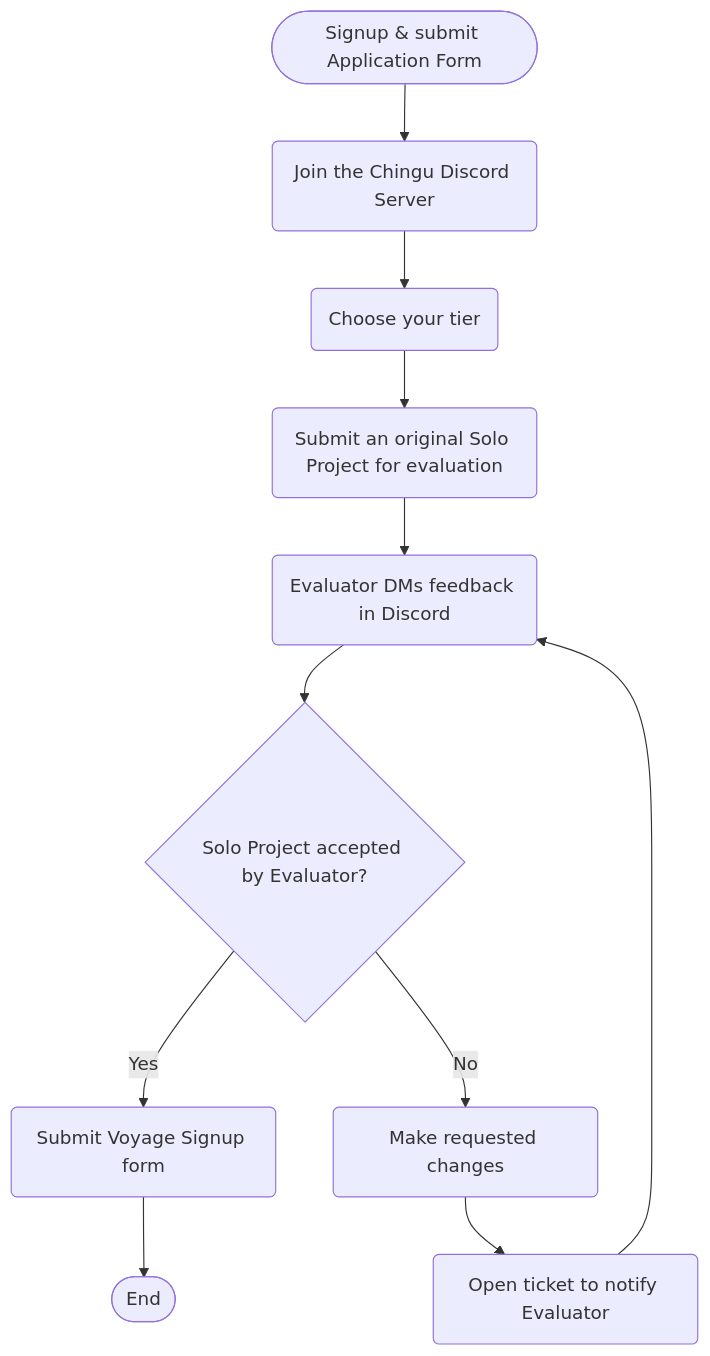
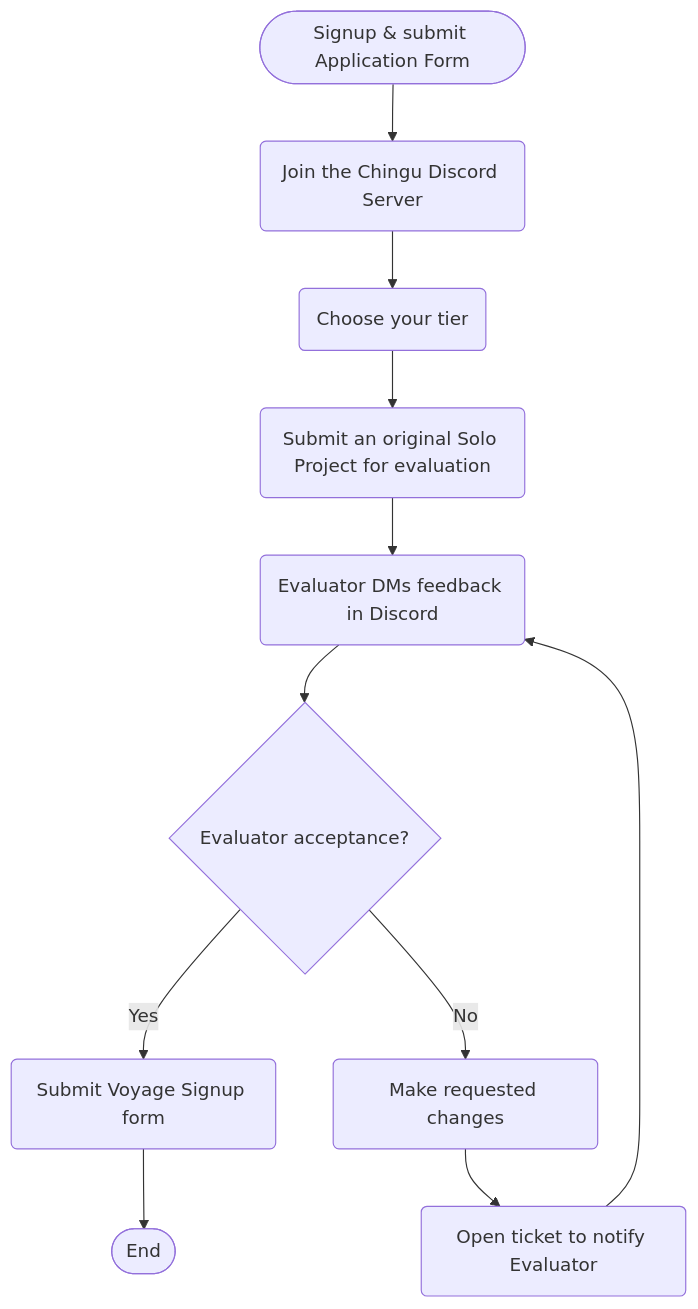
The first of 2 diagrams in README.md (chingu-voyages/Handbook), drawn with Mermaid before and after one commit.

Commit message:
Feature: Add onboarding flowchart

````diff
--- a/README.md
+++ b/README.md
@@ -50,13 +50,13 @@
 ```mermaid
 flowchart TB
    A(["Signup & submit Application Form"]) --> B(Join the Chingu Discord Server);
    B --> C(Choose your tier);
    C --> D(Submit an original Solo Project for evaluation);
    D --> E(Evaluator DMs feedback in Discord);
-   E --> F{Solo Project accepted by Evaluator?};
+   E --> F{Evaluator acceptance?};
    F -- Yes --> G(Submit Voyage Signup form);
    F -- No --> H(Make requested changes);
    H --> I(Open ticket to notify Evaluator);
    I --> E;
    G --> Z([End]);
 ```
````
